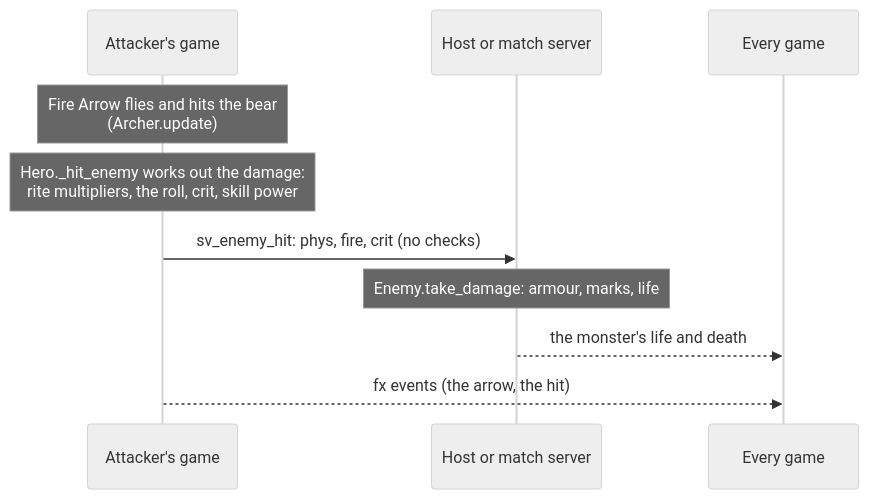
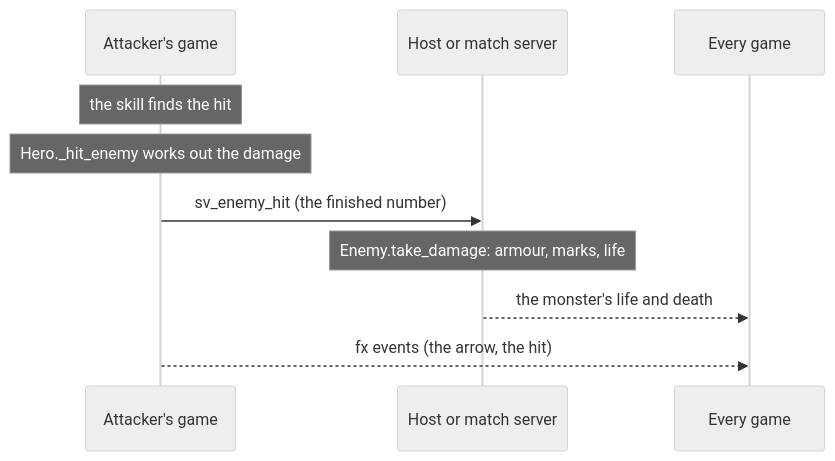
Before and after one commit to jjcw1337-rgb/ashen-crown: the diagram in docs/systems/combat.md, drawn with Mermaid (neutral theme). The commit also changed other lines of this file and 31 other files, not shown here.

````diff
--- a/docs/systems/combat.md
+++ b/docs/systems/combat.md
@@ -8,12 +7,12 @@
 ```mermaid
 sequenceDiagram
   participant A as Attacker's game
   participant S as Host or match server
   participant E as Every game
-  Note over A: Fire Arrow flies and hits the bear<br/>(Archer.update)
-  Note over A: Hero._hit_enemy works out the damage:<br/>rite multipliers, the roll, crit, skill power
-  A->>S: sv_enemy_hit: phys, fire, crit (no checks)
+  Note over A: the skill finds the hit
+  Note over A: Hero._hit_enemy works out the damage
+  A->>S: sv_enemy_hit (the finished number)
   Note over S: Enemy.take_damage: armour, marks, life
   S-->>E: the monster's life and death
   A-->>E: fx events (the arrow, the hit)
 ```
````
